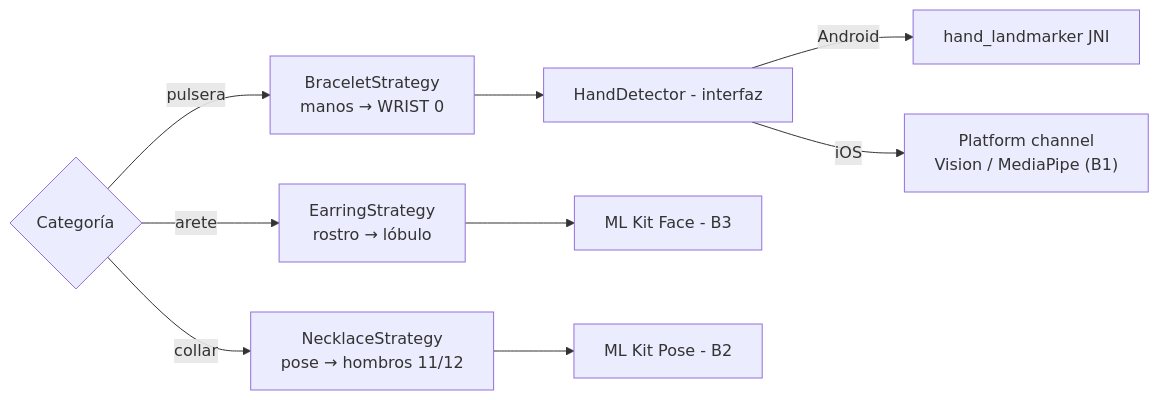
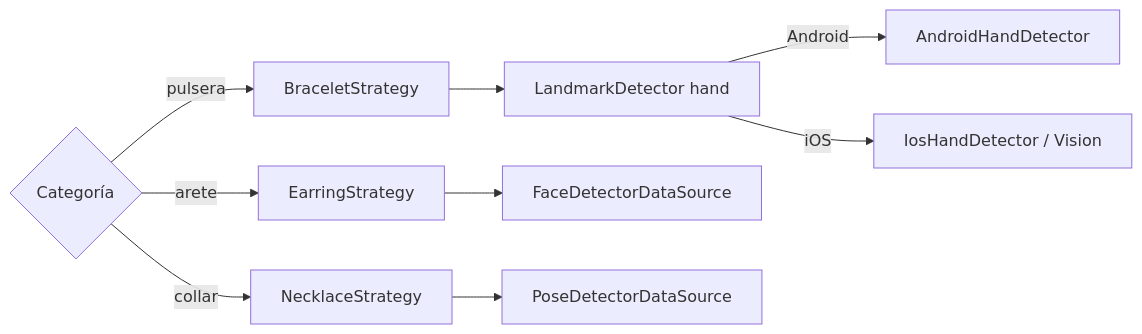
Before and after one commit to andreMD287/ProyectoGrado-Joyeria-AR: the third of 3 diagrams in docs/ARQUITECTURA.md, drawn with Mermaid. The commit also changed other lines of this file and 2 other files, not shown here.

````diff
--- a/docs/ARQUITECTURA.md
+++ b/docs/ARQUITECTURA.md
@@ -217,11 +202,11 @@
 ```mermaid
 flowchart LR
-    Cat{Categoría} -->|pulsera| B["BraceletStrategy<br/>manos → WRIST 0"]
-    Cat -->|arete| E["EarringStrategy<br/>rostro → lóbulo"]
-    Cat -->|collar| N["NecklaceStrategy<br/>pose → hombros 11/12"]
-    B --> HD[HandDetector - interfaz]
-    HD -->|Android| A1[hand_landmarker JNI]
-    HD -->|iOS| A2["Platform channel<br/>Vision / MediaPipe (B1)"]
-    E --> FD[ML Kit Face - B3]
-    N --> PD[ML Kit Pose - B2]
+    Cat{Categoría} -->|pulsera| B[BraceletStrategy]
+    Cat -->|arete| E[EarringStrategy]
+    Cat -->|collar| N[NecklaceStrategy]
+    B --> HD[LandmarkDetector hand]
+    HD -->|Android| A1[AndroidHandDetector]
+    HD -->|iOS| A2[IosHandDetector / Vision]
+    E --> FD[FaceDetectorDataSource]
+    N --> PD[PoseDetectorDataSource]
 ```
````
